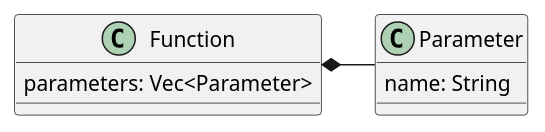
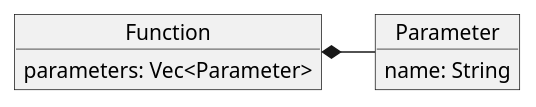
Before and after one commit to ITesserakt/Kodept: the diagram in 04 - ВКРы/2023-2024 - Тема в разработке/src/plantuml/AST_func.puml, drawn with PlantUML. The commit also changed 18 other files, not shown here.

```diff
--- a/04 - ВКРы/2023-2024 - Тема в разработке/src/plantuml/AST_func.puml
+++ b/04 - ВКРы/2023-2024 - Тема в разработке/src/plantuml/AST_func.puml
@@ -1,14 +1,14 @@
 @startuml
 'https://plantuml.com/class-diagram
 
-class Function {
+object Function {
     parameters: Vec<Parameter>
 }
 
-class Parameter {
+object Parameter {
     name: String
 }
 
 Function *- Parameter
 
 @enduml
```
